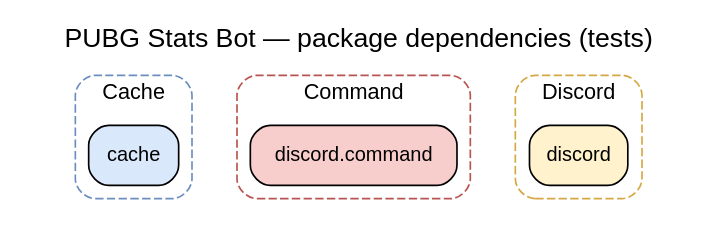
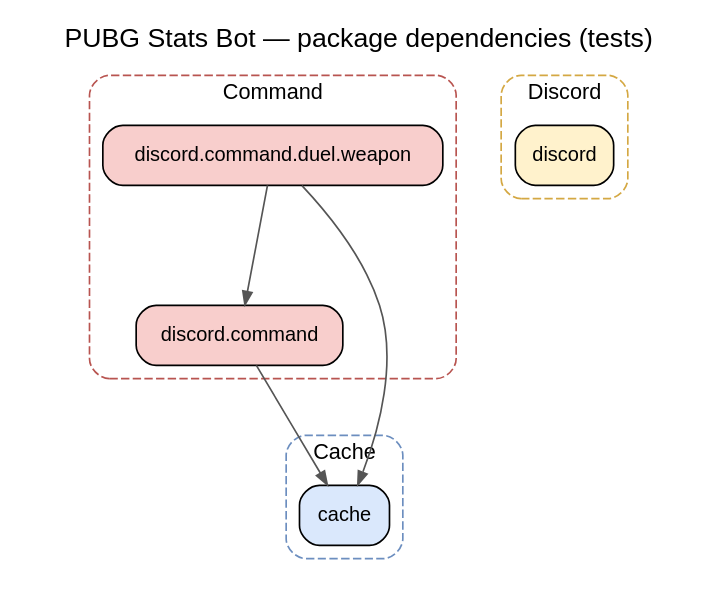
The diagram in scripts/packages/packages-test.dot (theodorosidmar/pubg-stats-bot), drawn with Graphviz before and after one commit. The commit also changed 28 other files, not shown here.

Commit message:
feat: Creates duel gun command

```diff
--- a/scripts/packages/packages-test.dot
+++ b/scripts/packages/packages-test.dot
@@ -1,46 +1,50 @@
 digraph PackageDependencies {
   rankdir=TB;
   layout=dot;
   ranksep=1.0;
   nodesep=0.6;
   splines=true;
   concentrate=true;
   newrank=true;
   label="PUBG Stats Bot — package dependencies (tests)";
   labelloc=t;
   fontsize=16;
   fontname="Helvetica";
   node [shape=box, style="rounded,filled", fontname="Helvetica", fontsize=12];
   edge [color="#555555", arrowsize=0.8];
 
   subgraph "cluster_cache" {
     label="Cache";
     style="rounded,dashed";
     color="#6C8EBF";
     fontname="Helvetica";
     fontsize=13;
 
     "dev.pubgstats.bot.cache" [label="cache", fillcolor="#DAE8FC"];
   }
 
   subgraph "cluster_command" {
     label="Command";
     style="rounded,dashed";
     color="#B85450";
     fontname="Helvetica";
     fontsize=13;
 
     "dev.pubgstats.bot.discord.command" [label="discord.command", fillcolor="#F8CECC"];
+    "dev.pubgstats.bot.discord.command.duel.weapon" [label="discord.command.duel.weapon", fillcolor="#F8CECC"];
   }
 
   subgraph "cluster_discord" {
     label="Discord";
     style="rounded,dashed";
     color="#D4A843";
     fontname="Helvetica";
     fontsize=13;
 
     "dev.pubgstats.bot.discord" [label="discord", fillcolor="#FFF2CC"];
   }
 
+  "dev.pubgstats.bot.discord.command" -> "dev.pubgstats.bot.cache";
+  "dev.pubgstats.bot.discord.command.duel.weapon" -> "dev.pubgstats.bot.discord.command";
+  "dev.pubgstats.bot.discord.command.duel.weapon" -> "dev.pubgstats.bot.cache";
 }
```
